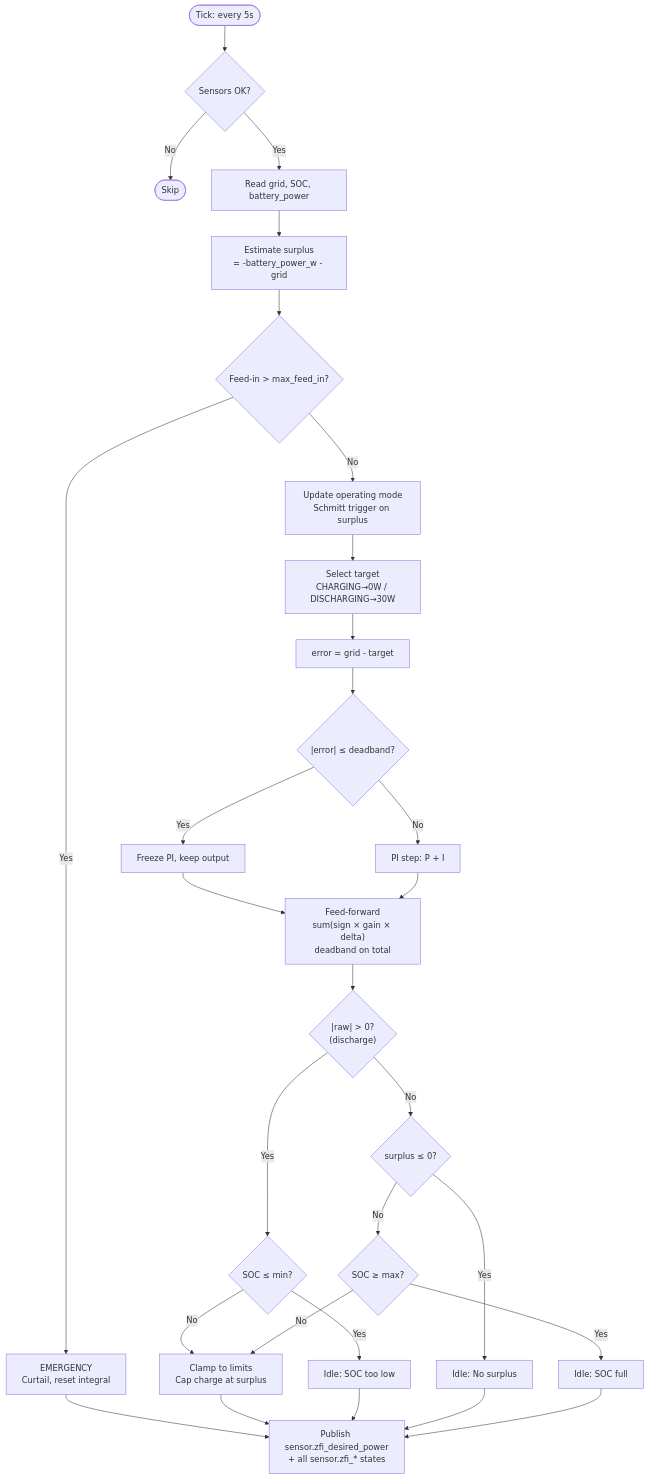
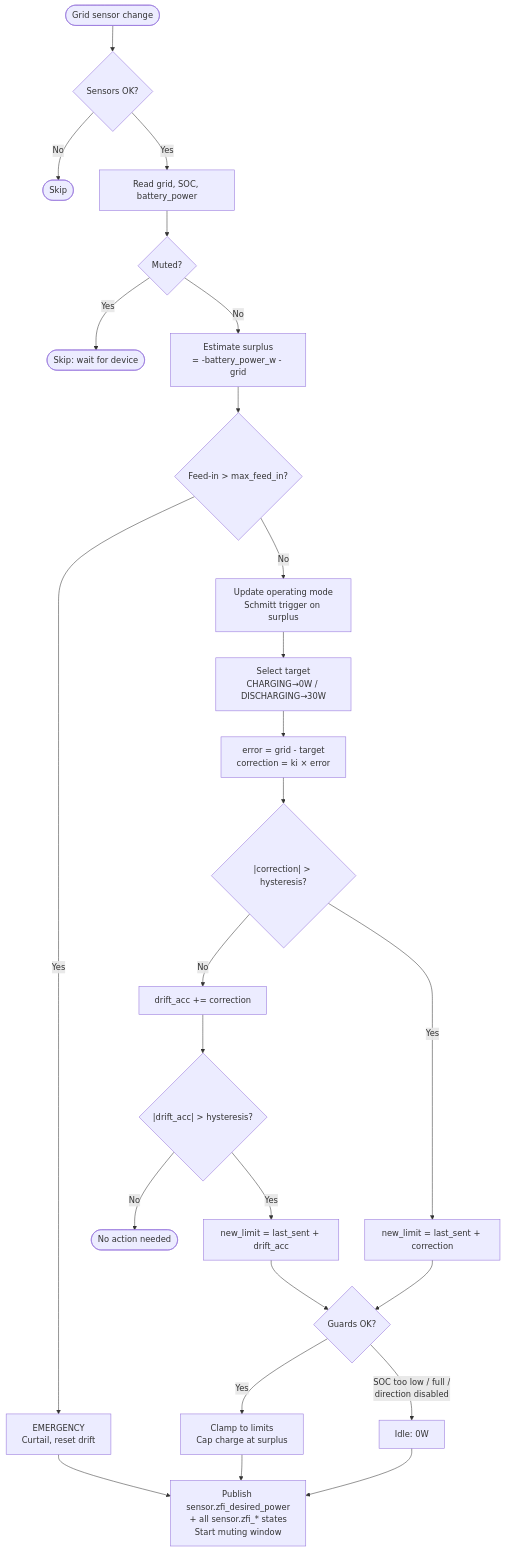
The first of 3 diagrams in docs/zero_feed_in_docs.md (steffenruehl/ha-zero-feed-in), drawn with Mermaid before and after one commit. The commit also changed other lines of this file and 15 other files, not shown here.

````diff
--- a/docs/zero_feed_in_docs.md
+++ b/docs/zero_feed_in_docs.md
@@ -535,43 +455,37 @@
 ```mermaid
 flowchart TD
-    A([Tick: every 5s]) --> B{Sensors OK?}
+    A([Grid sensor change]) --> B{Sensors OK?}
     B -- No --> Z([Skip])
     B -- Yes --> C[Read grid, SOC, battery_power]
 
-    C --> D["Estimate surplus<br>= -battery_power_w - grid"]
+    C --> MUT{Muted?}
+    MUT -- Yes --> Z2([Skip: wait for device])
+    MUT -- No --> D["Estimate surplus<br>= -battery_power_w - grid"]
 
     D --> E{Feed-in > max_feed_in?}
-    E -- Yes --> F["EMERGENCY<br>Curtail, reset integral"]
+    E -- Yes --> F["EMERGENCY<br>Curtail, reset drift"]
     F --> PUB
 
     E -- No --> G[Update operating mode<br>Schmitt trigger on surplus]
     G --> H[Select target<br>CHARGING→0W / DISCHARGING→30W]
-    H --> I["error = grid - target"]
+    H --> I["error = grid - target<br>correction = ki × error"]
 
-    I --> J{"|error| ≤ deadband?"}
-    J -- Yes --> K3["Freeze PI, keep output"]
-    J -- No --> L["PI step: P + I"]
+    I --> J{"|correction| > hysteresis?"}
+    J -- Yes --> DIRECT["new_limit = last_sent + correction"]
+    J -- No --> DRIFT["drift_acc += correction"]
 
-    K3 --> FF
-    L --> FF["Feed-forward<br>sum(sign × gain × delta)<br>deadband on total"]
+    DRIFT --> DCHK{"|drift_acc| > hysteresis?"}
+    DCHK -- No --> Z3([No action needed])
+    DCHK -- Yes --> DLIM["new_limit = last_sent + drift_acc"]
+    DLIM --> GUARD
+    DIRECT --> GUARD
 
-    FF --> N{"|raw| > 0?<br>(discharge)"}
-    N -- Yes --> O{SOC ≤ min?}
-    O -- Yes --> P["Idle: SOC too low"]
-    O -- No --> CL
-
-    N -- No --> R{surplus ≤ 0?}
-    R -- Yes --> S["Idle: No surplus"]
-    R -- No --> T{SOC ≥ max?}
-    T -- Yes --> U["Idle: SOC full"]
-    T -- No --> CL
-
-    CL["Clamp to limits<br>Cap charge at surplus"]
+    GUARD{Guards OK?}
+    GUARD -- "SOC too low / full /<br>direction disabled" --> IDLE["Idle: 0W"]
+    GUARD -- Yes --> CL["Clamp to limits<br>Cap charge at surplus"]
 
     CL --> PUB
-    P --> PUB
-    S --> PUB
-    U --> PUB
+    IDLE --> PUB
 
-    PUB["Publish sensor.zfi_desired_power<br>+ all sensor.zfi_* states"]
+    PUB["Publish sensor.zfi_desired_power<br>+ all sensor.zfi_* states<br>Start muting window"]
 ```
````
